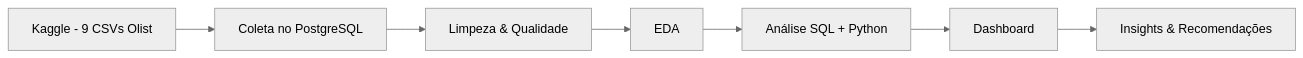
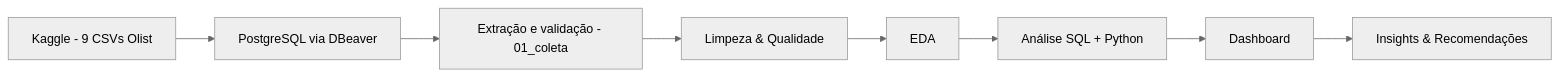
One commit to luanssk-tech/olist-delivery-insights changed the first of 2 diagrams in README.md. Above: the diagram before and after it, drawn with Mermaid (neutral theme). The commit also changed other lines of this file and 3 other files, not shown here.

````diff
--- a/README.md
+++ b/README.md
@@ -139,9 +137,10 @@
 ```mermaid
 flowchart LR
-    A[Kaggle - 9 CSVs Olist] --> B[Coleta no PostgreSQL]
-    B --> C[Limpeza & Qualidade]
+    A[Kaggle - 9 CSVs Olist] --> B[PostgreSQL via DBeaver]
+    B --> B2[Extração e validação - 01_coleta]
+    B2 --> C[Limpeza & Qualidade]
     C --> D[EDA]
     D --> E[Análise SQL + Python]
     E --> F[Dashboard]
     F --> G[Insights & Recomendações]
 ```
````
